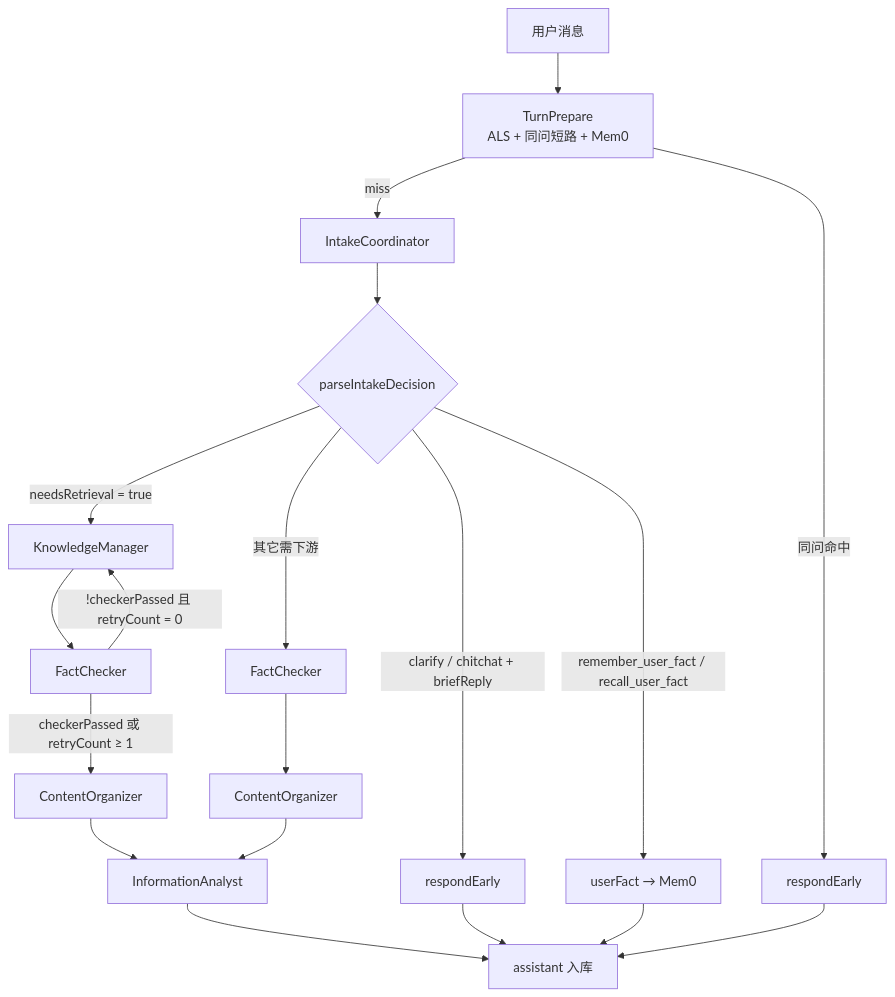
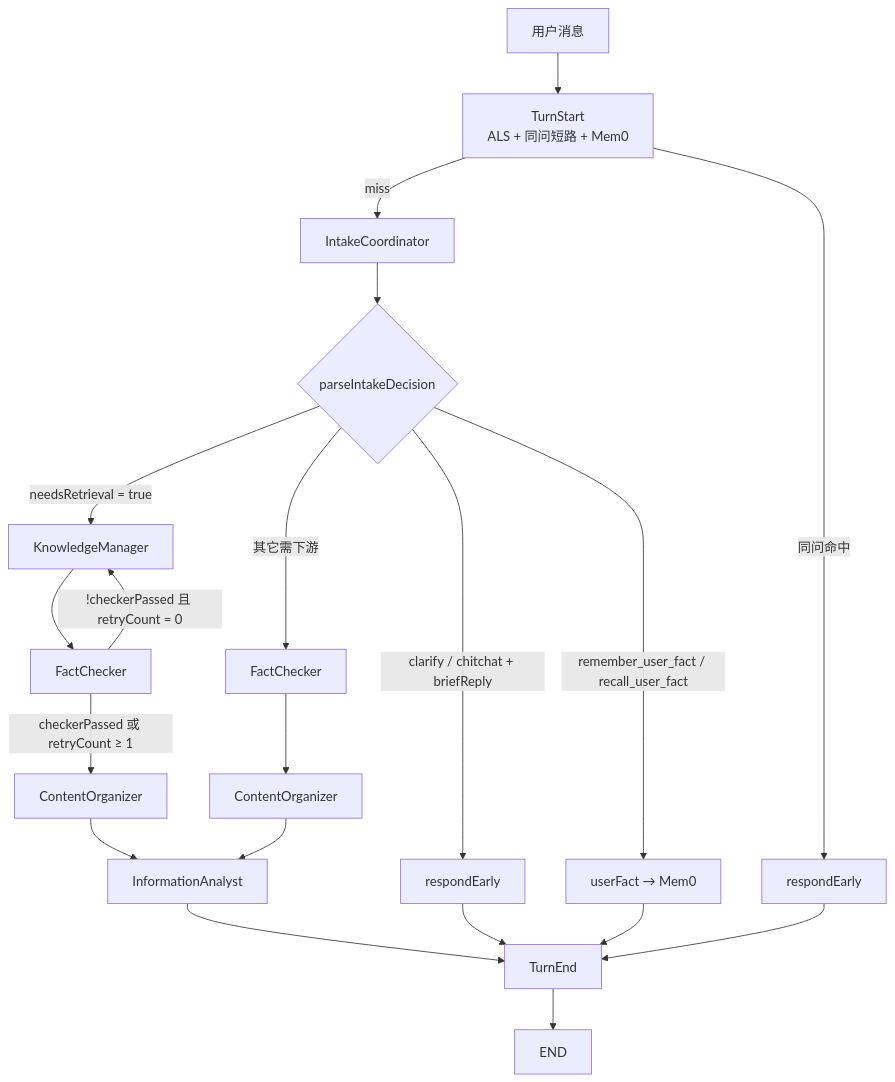
The second of 13 diagrams in docs/02-agent-flows.md (panzhanfei/fambrain-agents), drawn with Mermaid before and after one commit. The commit also changed other lines of this file and 26 other files, not shown here.

````diff
--- a/docs/02-agent-flows.md
+++ b/docs/02-agent-flows.md
@@ -92,22 +95,23 @@
 ```mermaid
 flowchart TD
-  A[用户消息] --> PT[TurnPrepare<br/>ALS + 同问短路 + Mem0]
+  A[用户消息] --> PT[TurnStart<br/>ALS + 同问短路 + Mem0]
   PT -->|同问命中| D0[respondEarly]
   PT -->|miss| B[IntakeCoordinator]
   B --> C{parseIntakeDecision}
 
   C -->|clarify / chitchat + briefReply| D[respondEarly]
   C -->|remember_user_fact / recall_user_fact| UF[userFact → Mem0]
   C -->|needsRetrieval = true| F[KnowledgeManager]
   C -->|其它需下游| FC0[FactChecker]
 
   F --> FC[FactChecker]
   FC -->|checkerPassed 或 retryCount ≥ 1| CO[ContentOrganizer]
   FC -->|!checkerPassed 且 retryCount = 0| F
   CO --> G[InformationAnalyst]
   FC0 --> CO0[ContentOrganizer] --> G
-  G --> H[assistant 入库]
-  D --> H
-  UF --> H
-  D0 --> H
+  G --> PST[TurnEnd]
+  D --> PST
+  UF --> PST
+  D0 --> PST
+  PST --> END_NODE[END]
 ```
````
